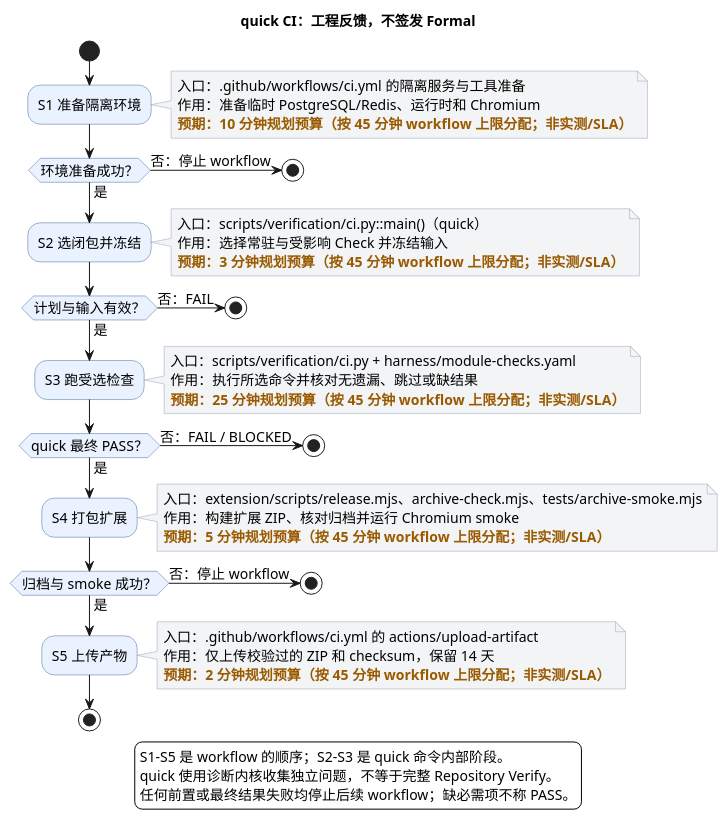
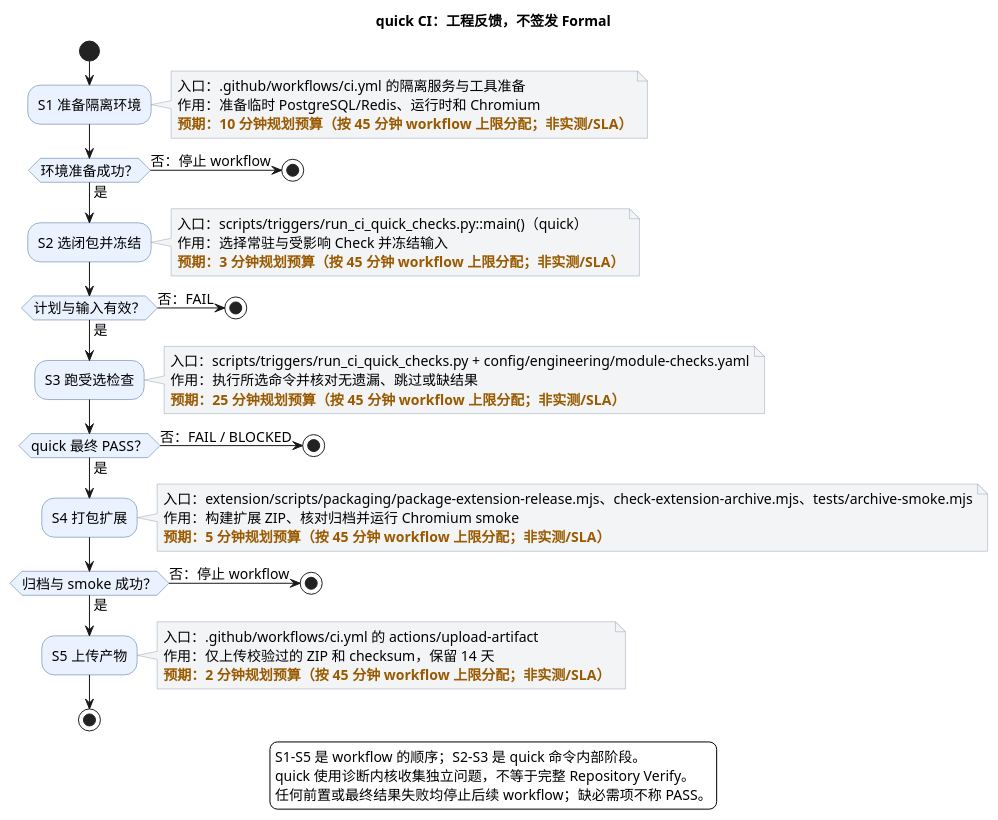
The first of 2 diagrams in docs/scenarios/github-actions.md (iampkuhz/lexiflow), drawn with PlantUML before and after one commit. The commit also changed other lines of this file and 493 other files, not shown here.

````diff
--- a/docs/scenarios/github-actions.md
+++ b/docs/scenarios/github-actions.md
@@ -23,68 +24,68 @@
 ```plantuml
 @startuml
 skinparam backgroundColor white
 skinparam defaultFontName SansSerif
 skinparam defaultFontSize 14
 skinparam shadowing false
 skinparam nodesep 40
 skinparam ranksep 45
 skinparam activityBackgroundColor #EAF2FF
 skinparam activityBorderColor #46699A
 skinparam noteBackgroundColor #F3F4F6
 skinparam noteBorderColor #94A3B8
 title quick CI：工程反馈，不签发 Formal
 start
 :S1 准备隔离环境;
 note right
 入口：.github/workflows/ci.yml 的隔离服务与工具准备
 作用：准备临时 PostgreSQL/Redis、运行时和 Chromium
 <color:#995A00><b>预期：10 分钟规划预算（按 45 分钟 workflow 上限分配；非实测/SLA）</b></color>
 end note
 if (环境准备成功？) then (是)
 else (否：停止 workflow)
 stop
 endif
 :S2 选闭包并冻结;
 note right
-入口：scripts/verification/ci.py::main()（quick）
+入口：scripts/triggers/run_ci_quick_checks.py::main()（quick）
 作用：选择常驻与受影响 Check 并冻结输入
 <color:#995A00><b>预期：3 分钟规划预算（按 45 分钟 workflow 上限分配；非实测/SLA）</b></color>
 end note
 if (计划与输入有效？) then (是)
 else (否：FAIL)
 stop
 endif
 :S3 跑受选检查;
 note right
-入口：scripts/verification/ci.py + harness/module-checks.yaml
+入口：scripts/triggers/run_ci_quick_checks.py + config/engineering/module-checks.yaml
 作用：执行所选命令并核对无遗漏、跳过或缺结果
 <color:#995A00><b>预期：25 分钟规划预算（按 45 分钟 workflow 上限分配；非实测/SLA）</b></color>
 end note
 if (quick 最终 PASS？) then (是)
 else (否：FAIL / BLOCKED)
 stop
 endif
 :S4 打包扩展;
 note right
-入口：extension/scripts/release.mjs、archive-check.mjs、tests/archive-smoke.mjs
+入口<U+FF1A>extension<U+002F>scripts<U+002F>packaging<U+002F>package<U+002D>extension<U+002D>release<U+002E>mjs<U+3001>check<U+002D>extension<U+002D>archive<U+002E>mjs<U+3001>tests<U+002F>archive<U+002D>smoke<U+002E>mjs
 作用：构建扩展 ZIP、核对归档并运行 Chromium smoke
 <color:#995A00><b>预期：5 分钟规划预算（按 45 分钟 workflow 上限分配；非实测/SLA）</b></color>
 end note
 if (归档与 smoke 成功？) then (是)
 else (否：停止 workflow)
 stop
 endif
 :S5 上传产物;
 note right
 入口：.github/workflows/ci.yml 的 actions/upload-artifact
 作用：仅上传校验过的 ZIP 和 checksum，保留 14 天
 <color:#995A00><b>预期：2 分钟规划预算（按 45 分钟 workflow 上限分配；非实测/SLA）</b></color>
 end note
 stop
 legend bottom
 S1–S5 是 workflow 的顺序；S2–S3 是 quick 命令内部阶段。
 quick 使用诊断内核收集独立问题，不等于完整 Repository Verify。
 任何前置或最终结果失败均停止后续 workflow；缺必需项不称 PASS。
 endlegend
 @enduml
 ```
````
